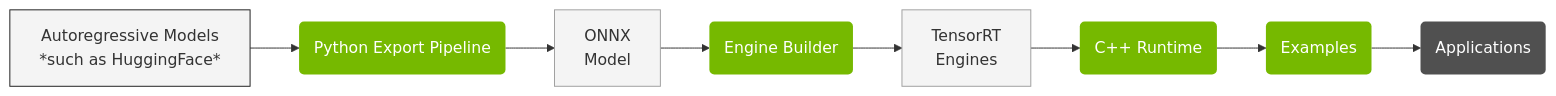
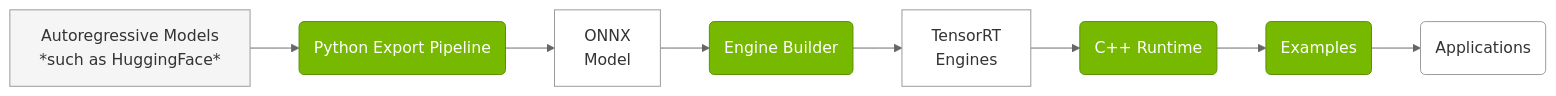
Before and after one commit to ConstBob/TensorRT-Edge-LLM: the diagram in docs/source/developer_guide/01.1_Overview.md, drawn with Mermaid. The commit also changed other lines of this file and 20 other files, not shown here.

````diff
--- a/docs/source/developer_guide/01.1_Overview.md
+++ b/docs/source/developer_guide/01.1_Overview.md
@@ -27,35 +27,33 @@
 ```mermaid
-%%{init: {'themeVariables': {'edgeLabelBackground': 'white'}}}%%
+%%{init: {'theme':'neutral', 'themeVariables': {'primaryColor':'#76B900','primaryTextColor':'#fff','primaryBorderColor':'#5a8f00','lineColor':'#666','edgeLabelBackground':'#ffffff','labelTextColor':'#000','clusterBkg':'#ffffff','clusterBorder':'#999'}}}%%
 
 graph LR
     HF_MODEL[Autoregressive Models<br>*such as HuggingFace*]
     PYTHON_EXPORT(Python Export Pipeline)
     ONNX_MODEL[ONNX<br>Model]
     ENGINE_BUILDER(Engine Builder)
     TRT_ENGINE[TensorRT<br>Engines]
     CPP_RUNTIME(C++ Runtime)
     SAMPLES(Examples)
     APPLICATIONS(Applications)
 
     HF_MODEL --> PYTHON_EXPORT
     PYTHON_EXPORT --> ONNX_MODEL
     ONNX_MODEL --> ENGINE_BUILDER
     ENGINE_BUILDER --> TRT_ENGINE
     TRT_ENGINE --> CPP_RUNTIME
     CPP_RUNTIME --> SAMPLES
     SAMPLES --> APPLICATIONS
 
-    classDef greyNode fill:#f4f4f4, stroke-width:0px
-    classDef nvNode fill:#76B900, stroke-width:0px, color:#ffffff
-    classDef darkNode fill:#505050, stroke-width:0px, color:#ffffff
-    classDef inputNode fill:#f4f4f4, stroke: #202020
-    classDef itemNode fill:#f4f4f4, stroke: #A0A0A0
-    classDef greenSubGraph fill:#ffffff, stroke:#76B900
+    classDef greyNode fill:#f5f5f5,stroke:#999,stroke-width:1px,color:#333
+    classDef nvNode fill:#76B900,stroke:#5a8f00,stroke-width:1px,color:#fff
+    classDef darkNode fill:#ffffff,stroke:#999,stroke-width:1px,color:#333
+    classDef inputNode fill:#f5f5f5,stroke:#999,stroke-width:1px,color:#333
+    classDef itemNode fill:#ffffff,stroke:#999,stroke-width:1px,color:#333
 
     class HF_MODEL inputNode
     class ONNX_MODEL,TRT_ENGINE itemNode
     class PYTHON_EXPORT,ENGINE_BUILDER,CPP_RUNTIME nvNode
     class APPLICATIONS darkNode
     class SAMPLES nvNode
-    class BUILD_ENV_1,BUILD_ENV_2 greenSubGraph
 ```
````
